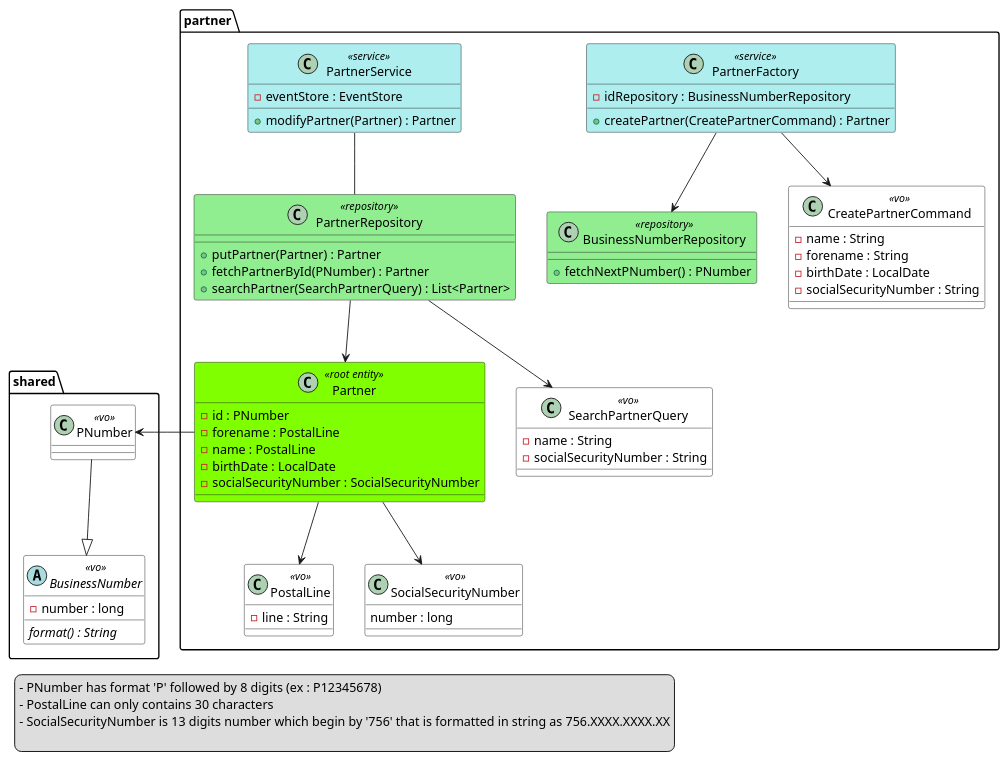
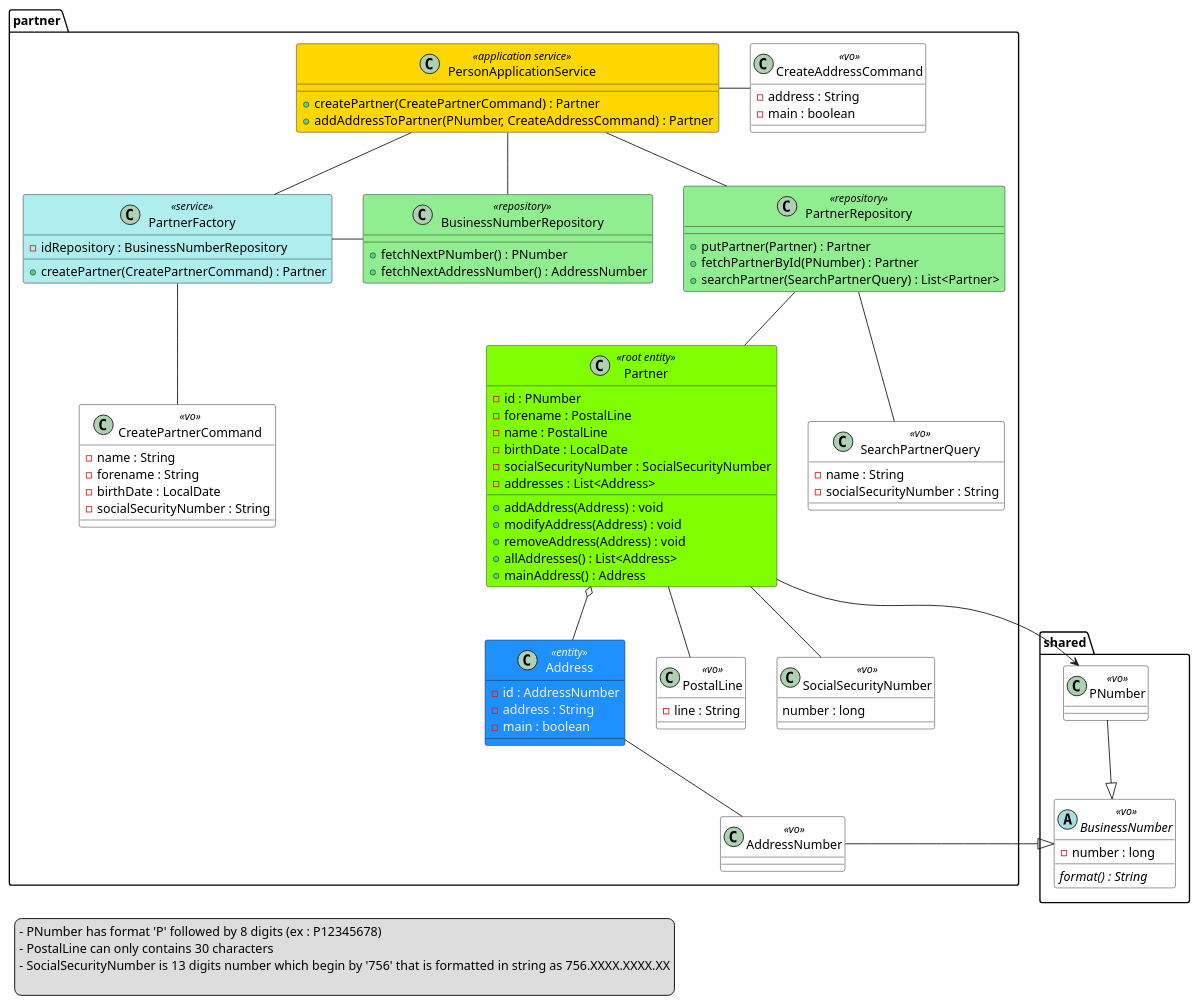
One commit to McKratt/microservice-sandbox changed the diagram in person/person-domain/PersonDomain.puml. Above: the diagram before and after it, drawn with PlantUML. The commit also changed 31 other files, not shown here.

```diff
--- a/person/person-domain/PersonDomain.puml
+++ b/person/person-domain/PersonDomain.puml
@@ -1,85 +1,111 @@
 @startuml
 skinparam class {
     BackgroundColor<<root entity>> #chartreuse
     BackgroundColor<<entity>> #DodgerBlue
     FontColor<<entity>> #Linen
     AttributeFontColor<<entity>> #Linen
     StereotypeFontColor<<entity>> #Linen
     BackgroundColor<<vo>> #White
     BackgroundColor<<service>> #PaleTurquoise
+    BackgroundColor<<application service>> #Gold
     BackgroundColor<<repository>> #lightgreen
 }
 
 package partner {
+    class PersonApplicationService <<application service>> {
+        + createPartner(CreatePartnerCommand) : Partner
+        + addAddressToPartner(PNumber, CreateAddressCommand) : Partner
+    }
     class PartnerFactory <<service>> {
         - idRepository : BusinessNumberRepository
         + createPartner(CreatePartnerCommand) : Partner
     }
     class BusinessNumberRepository <<repository>> {
         + fetchNextPNumber() : PNumber
-    }
-    class PartnerService <<service>> {
-        - eventStore : EventStore
-        + modifyPartner(Partner) : Partner
+        + fetchNextAddressNumber() : AddressNumber
     }
     class PartnerRepository <<repository>> {
         + putPartner(Partner) : Partner
         + fetchPartnerById(PNumber) : Partner
         + searchPartner(SearchPartnerQuery) : List<Partner>
     }
     class CreatePartnerCommand <<vo>> {
         - name : String
         - forename : String
         - birthDate : LocalDate
         - socialSecurityNumber : String
     }
+    class CreateAddressCommand <<vo>> {
+        - address : String
+        - main : boolean
+    }
     class SearchPartnerQuery <<vo>> {
         - name : String
         - socialSecurityNumber : String
     }
     class Partner <<root entity>> {
         - id : PNumber
         - forename : PostalLine
         - name : PostalLine
         - birthDate : LocalDate
         - socialSecurityNumber : SocialSecurityNumber
+        - addresses : List<Address>
+        + addAddress(Address) : void
+        + modifyAddress(Address) : void
+        + removeAddress(Address) : void
+        + allAddresses() : List<Address>
+        + mainAddress() : Address
     }
+    class Address <<entity>> {
+        - id : AddressNumber
+        - address : String
+        - main : boolean
+    }
+    class AddressNumber <<vo>>
     class PostalLine <<vo>> {
         - line : String
     }
     class SocialSecurityNumber <<vo>> {
         number : long
     }
-    PartnerService -- PartnerRepository
+    PersonApplicationService -- PartnerFactory
+    PersonApplicationService -- PartnerRepository
+    PersonApplicationService -- BusinessNumberRepository
+    PersonApplicationService - CreateAddressCommand
 
-    PartnerFactory --> BusinessNumberRepository
-    PartnerFactory --> CreatePartnerCommand
+    PartnerFactory - BusinessNumberRepository
+    PartnerFactory -- CreatePartnerCommand
 
-    PartnerRepository --> Partner
-    PartnerRepository --> SearchPartnerQuery
+    PartnerRepository -- Partner
+    PartnerRepository -- SearchPartnerQuery
 
-    Partner --> PostalLine
-    Partner --> SocialSecurityNumber
+    Partner -- PostalLine
+    Partner o-- Address
+    Partner -- SocialSecurityNumber
+
+    Address -- AddressNumber
+
 }
 
 package shared {
     class PNumber <<vo>>
 
     abstract BusinessNumber <<vo>> {
         - number : long
         {abstract} format() : String
     }
 
     PNumber --|> BusinessNumber
 }
 
-Partner -left-> PNumber
+Partner -> PNumber
+AddressNumber -|> BusinessNumber
 
 legend left
 - PNumber has format 'P' followed by 8 digits (ex : P12345678)
 - PostalLine can only contains 30 characters
 - SocialSecurityNumber is 13 digits number which begin by '756' that is formatted in string as 756.XXXX.XXXX.XX
 
 end legend
 
 @enduml
```
